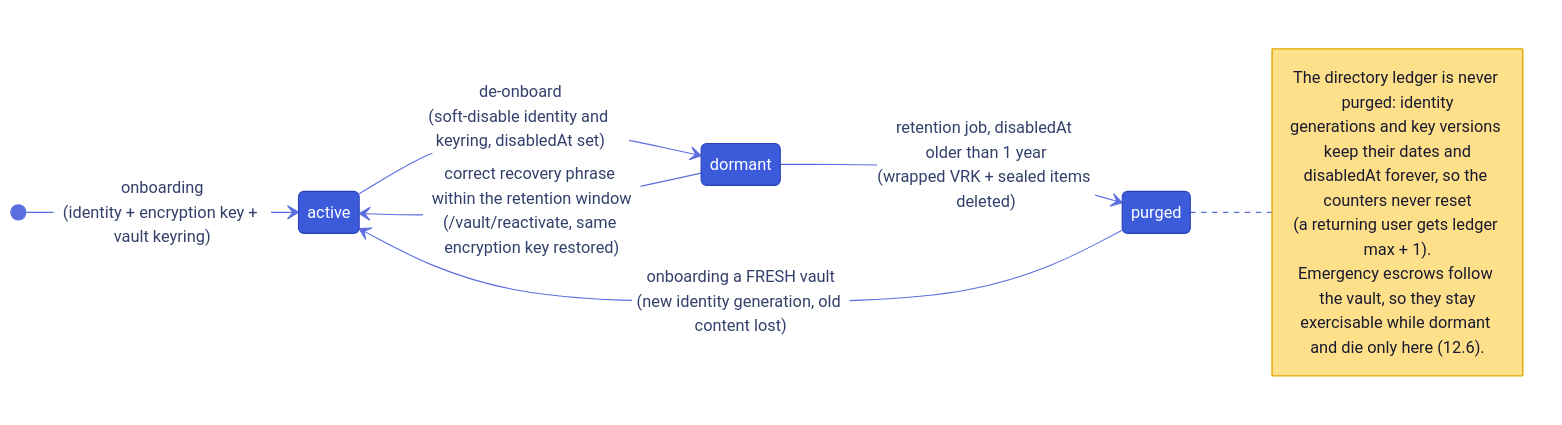
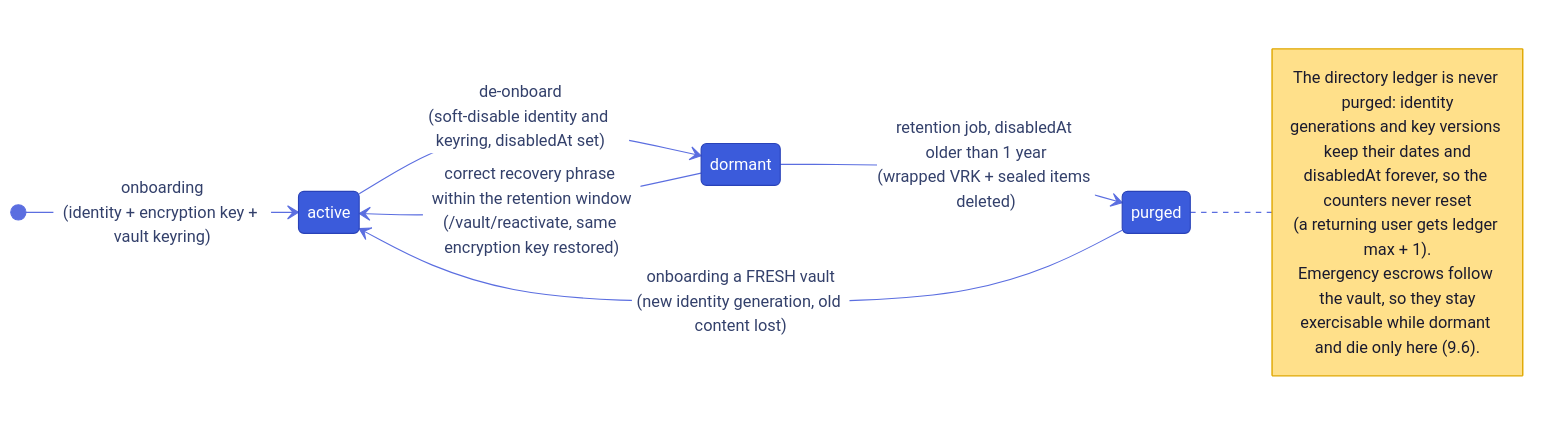
Before and after one commit to suitenumerique/encryption: diagram 16 of 22 in architecture.md, drawn with Mermaid. The commit also changed other lines of this file, not shown here.

````diff
--- a/architecture.md
+++ b/architecture.md
@@ -762,18 +1113,18 @@
 ```mermaid
 %%{init: {'theme':'base','themeVariables':{'fontSize':'15px','primaryColor':'#3b5bdb','primaryTextColor':'#fff','primaryBorderColor':'#2942b8','lineColor':'#5b6ee0','tertiaryColor':'#fff','labelBackgroundColor':'#ffffff','edgeLabelBackground':'#ffffff','transitionColor':'#5b6ee0','transitionLabelColor':'#33406b','noteBkgColor':'#ffe08a','noteTextColor':'#1a1a2e','noteBorderColor':'#e0a800'},'themeCSS':'.edgeLabel p{background-color:#fff;padding:4px 10px;border-radius:5px;margin:0;} .edgeLabel .labelBkg{background:transparent;} .statediagram-state .nodeLabel p{font-size:15px;padding:5px 12px;margin:0;}','stateDiagram':{'nodeSpacing':70,'rankSpacing':110,'padding':14,'useMaxWidth':true}}}%%
 stateDiagram-v2
   direction LR
   [*] --> active: onboarding<br/>(identity + encryption key + vault keyring)
   active --> dormant: de-onboard<br/>(soft-disable identity and keyring, disabledAt set)
   dormant --> active: correct recovery phrase within the retention window<br/>(/vault/reactivate, same encryption key restored)
   dormant --> purged: retention job, disabledAt older than 1 year<br/>(wrapped VRK + sealed items deleted)
   purged --> active: onboarding a FRESH vault<br/>(new identity generation, old content lost)
   note right of purged
     The directory ledger is never purged: identity
     generations and key versions keep their dates and
     disabledAt forever, so the counters never reset
     (a returning user gets ledger max + 1).
     Emergency escrows follow the vault, so they stay
-    exercisable while dormant and die only here (12.6).
+    exercisable while dormant and die only here (9.6).
   end note
 ```
````
